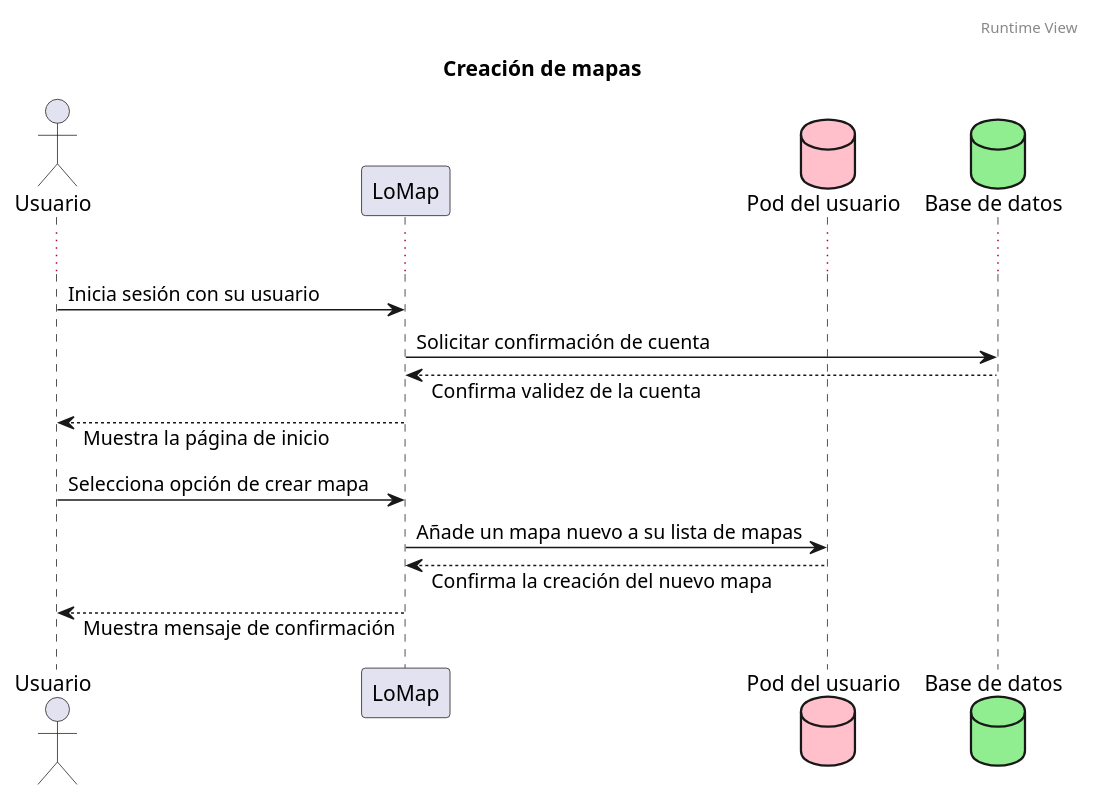
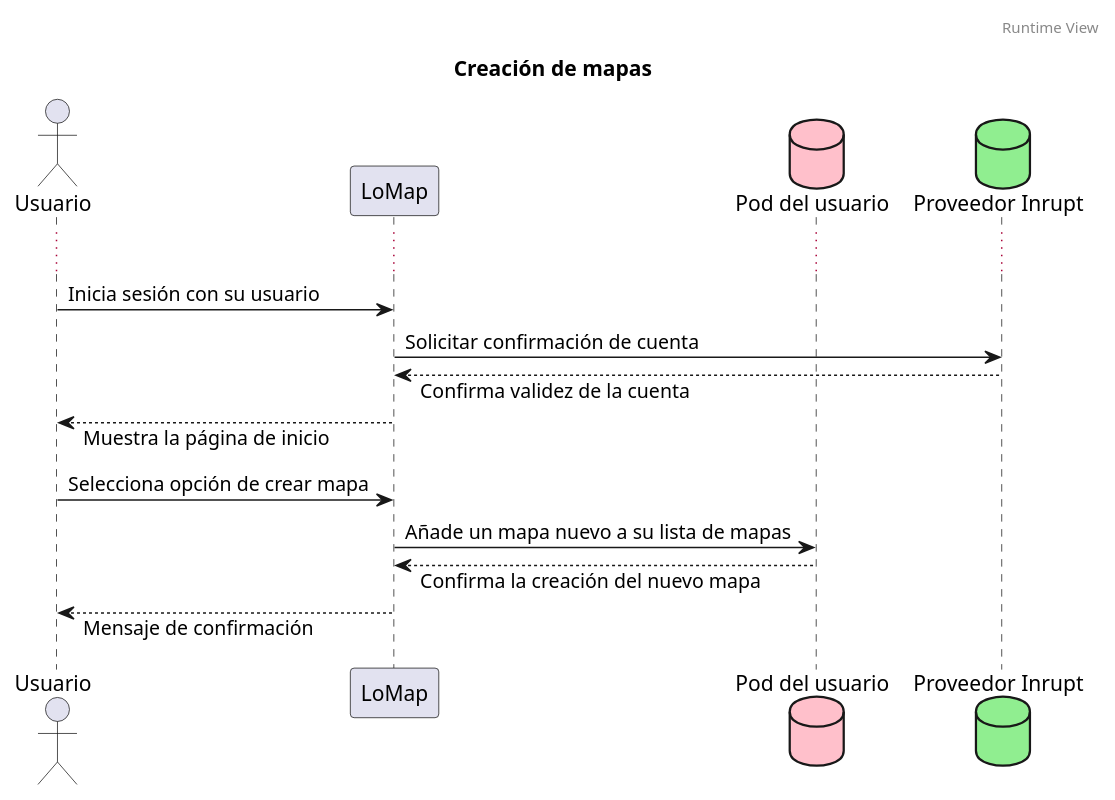
One commit to Arquisoft/lomap_es4b changed the first of 3 diagrams in docs/06_runtime_view.adoc. Above: the diagram before and after it, drawn with PlantUML. The commit also changed other lines of this file and 2 other files, not shown here.

```diff
--- a/docs/06_runtime_view.adoc
+++ b/docs/06_runtime_view.adoc
@@ -36,28 +36,28 @@
 [plantuml,"Crear mapa",png]
 ----
 header Runtime View
 title Creación de mapas
 
 Actor Usuario
 Participant LoMap
 Database Pod as "Pod del usuario" #pink
-Database DataBase as "Base de datos" #lightgreen
+Database DataBase as "Proveedor Inrupt" #lightgreen
 
 skinparam responseMessageBelowArrow true
 
 ...
 
 Usuario -> LoMap: Inicia sesión con su usuario
 
 LoMap -> DataBase: Solicitar confirmación de cuenta
 LoMap <-- DataBase: Confirma validez de la cuenta
 
 Usuario <-- LoMap: Muestra la página de inicio
 
 Usuario -> LoMap: Selecciona opción de crear mapa
 
 LoMap -> Pod: Añade un mapa nuevo a su lista de mapas
 LoMap <-- Pod: Confirma la creación del nuevo mapa
 
-Usuario <-- LoMap: Muestra mensaje de confirmación
+Usuario <-- LoMap: Mensaje de confirmación
 ----
```
